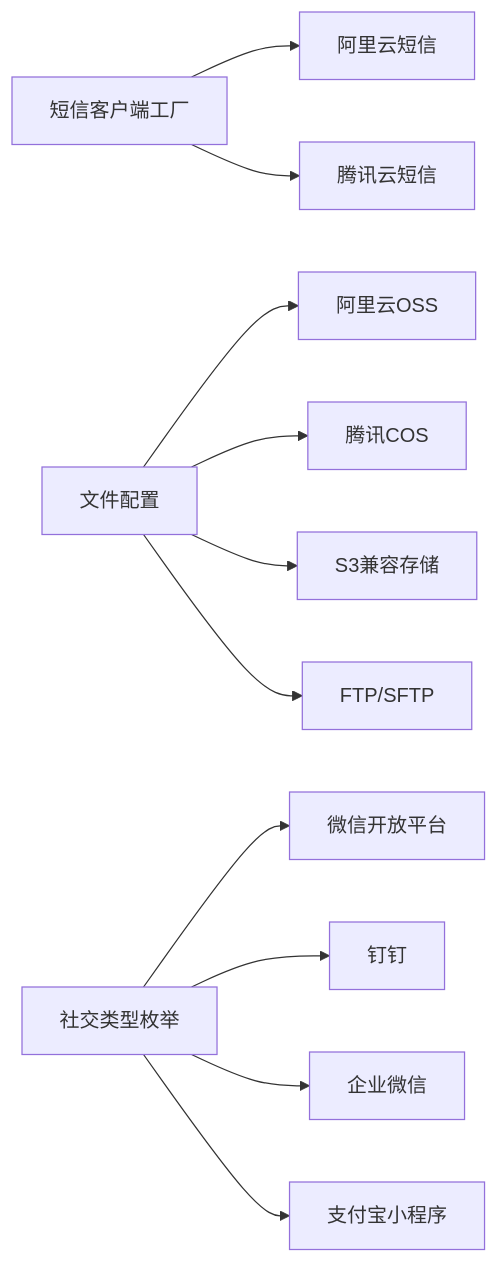
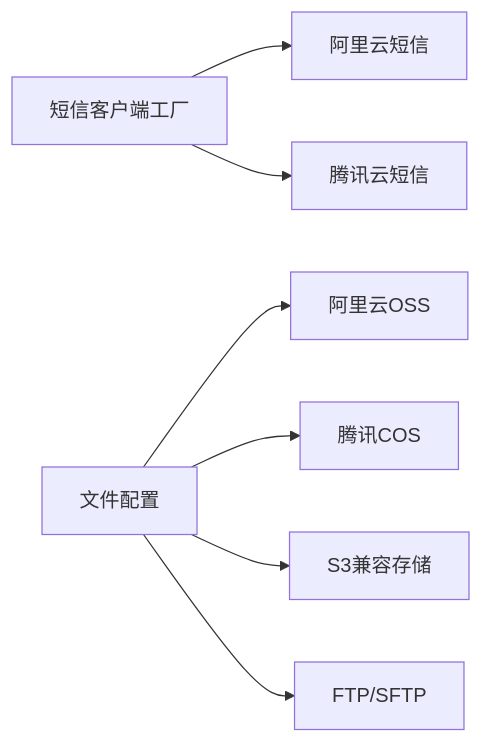
One commit to xiaoche80s-tech/rouyi-vue-pro changed the fifth of 5 diagrams in .qoder/repowiki/zh/content/扩展开发/第三方系统集成/第三方系统集成.md. Above: the diagram before and after it, drawn with Mermaid. The commit also changed other lines of this file and 515 other files, not shown here.

````diff
--- a/.qoder/repowiki/zh/content/扩展开发/第三方系统集成/第三方系统集成.md
+++ b/.qoder/repowiki/zh/content/扩展开发/第三方系统集成/第三方系统集成.md
@@ -326,13 +243,9 @@
 ```mermaid
 graph LR
 SMS_FACTORY["短信客户端工厂"] --> ALI["阿里云短信"]
 SMS_FACTORY --> TX["腾讯云短信"]
 FILE_CFG["文件配置"] --> OSS["阿里云OSS"]
 FILE_CFG --> COS["腾讯COS"]
 FILE_CFG --> S3["S3兼容存储"]
 FILE_CFG --> FTP["FTP/SFTP"]
-SOCIAL_ENUM["社交类型枚举"] --> WECHAT["微信开放平台"]
-SOCIAL_ENUM --> DING["钉钉"]
-SOCIAL_ENUM --> ENTERPRISE["企业微信"]
-SOCIAL_ENUM --> ALIPAY["支付宝小程序"]
 ```
````
